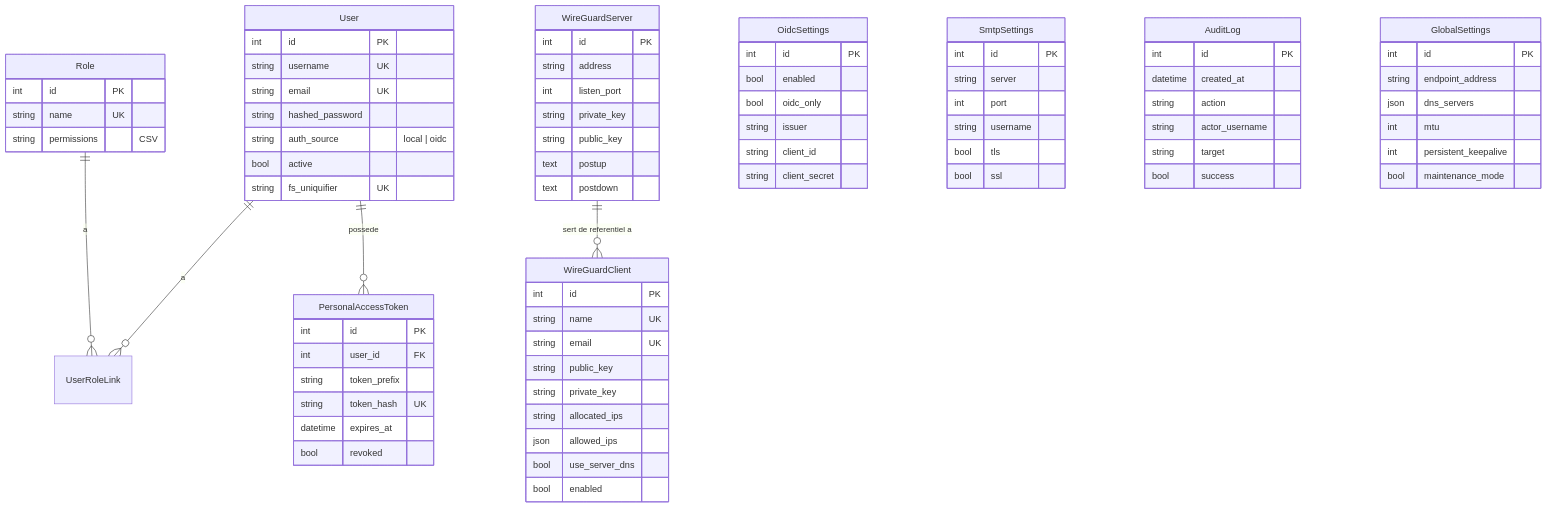
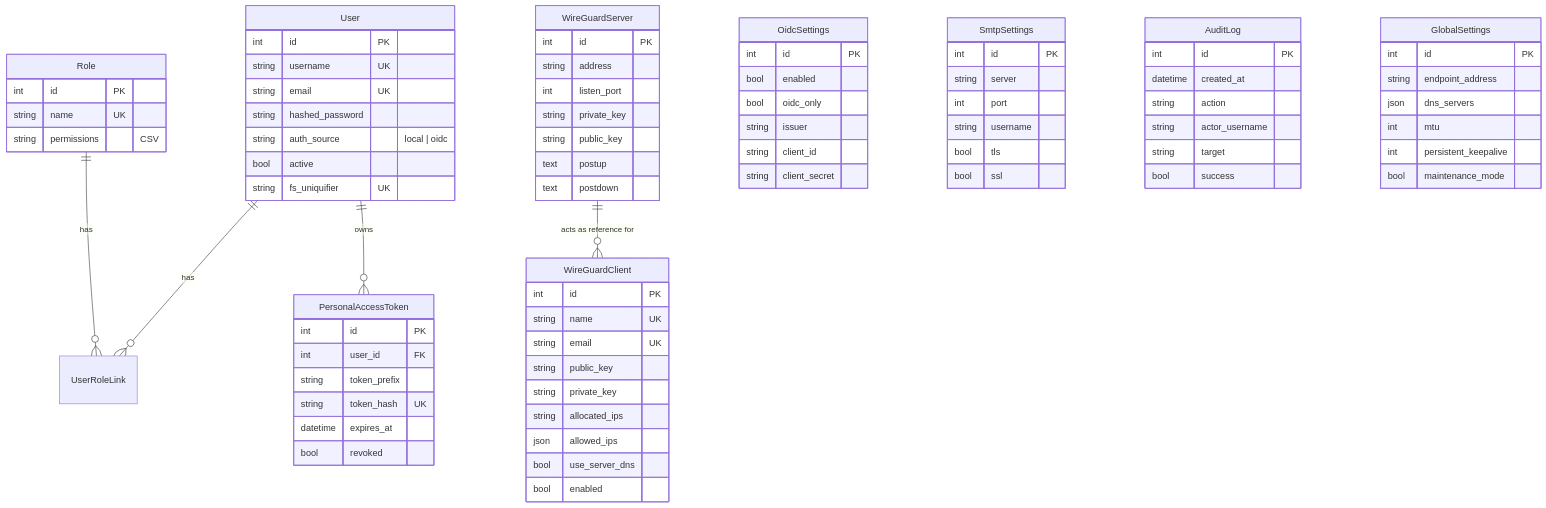
The diagram in docs/architecture/base-de-donnees.md (cyr-ius/wireguard-ui), drawn with Mermaid before and after one commit. The commit also changed other lines of this file and 28 other files, not shown here.

````diff
--- a/docs/architecture/base-de-donnees.md
+++ b/docs/architecture/base-de-donnees.md
@@ -7,82 +7,82 @@
 ```mermaid
 erDiagram
-    User ||--o{ UserRoleLink : a
-    Role ||--o{ UserRoleLink : a
-    User ||--o{ PersonalAccessToken : possede
-    WireGuardServer ||--o{ WireGuardClient : "sert de referentiel a"
+    User ||--o{ UserRoleLink : has
+    Role ||--o{ UserRoleLink : has
+    User ||--o{ PersonalAccessToken : owns
+    WireGuardServer ||--o{ WireGuardClient : "acts as reference for"
 
     User {
         int id PK
         string username UK
         string email UK
         string hashed_password
         string auth_source "local | oidc"
         bool active
         string fs_uniquifier UK
     }
     Role {
         int id PK
         string name UK
         string permissions "CSV"
     }
     WireGuardServer {
         int id PK
         string address
         int listen_port
         string private_key
         string public_key
         text postup
         text postdown
     }
     WireGuardClient {
         int id PK
         string name UK
         string email UK
         string public_key
         string private_key
         string allocated_ips
         json allowed_ips
         bool use_server_dns
         bool enabled
     }
     OidcSettings {
         int id PK
         bool enabled
         bool oidc_only
         string issuer
         string client_id
         string client_secret
     }
     SmtpSettings {
         int id PK
         string server
         int port
         string username
         bool tls
         bool ssl
     }
     AuditLog {
         int id PK
         datetime created_at
         string action
         string actor_username
         string target
         bool success
     }
     PersonalAccessToken {
         int id PK
         int user_id FK
         string token_prefix
         string token_hash UK
         datetime expires_at
         bool revoked
     }
     GlobalSettings {
         int id PK
         string endpoint_address
         json dns_servers
         int mtu
         int persistent_keepalive
         bool maintenance_mode
     }
 ```
````
